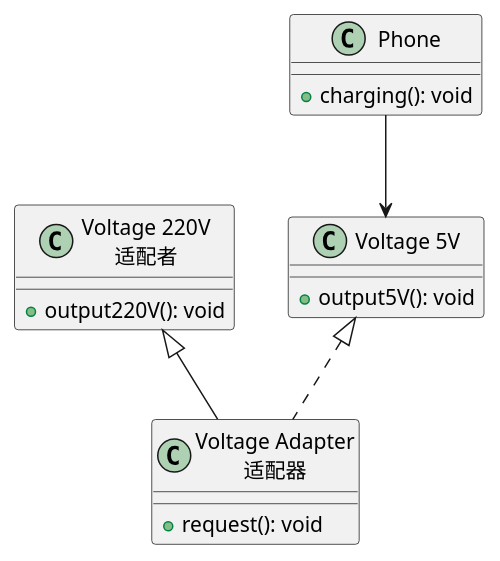
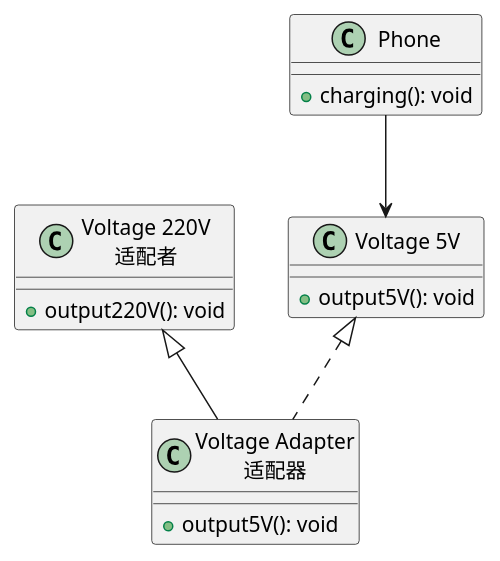
One commit to yanyige/DesignPattern changed the diagram in src/main/java/com/alibaba/dataworks/design/adapter/class1/class_adapter.puml. Above: the diagram before and after it, drawn with PlantUML. The commit also changed 1 other file, not shown here.

```diff
--- a/src/main/java/com/alibaba/dataworks/design/adapter/class1/class_adapter.puml
+++ b/src/main/java/com/alibaba/dataworks/design/adapter/class1/class_adapter.puml
@@ -1,23 +1,23 @@
 @startuml
 
 class "Voltage 220V\n适配者" as adaptee {
     + output220V(): void
 }
 
 class "Voltage Adapter\n适配器" as adapter {
-    + request(): void
+    + output5V(): void
 }
 
 class "Voltage 5V" as target {
     + output5V(): void
 }
 
 class "Phone" as client {
     + charging(): void
 }
 
 adaptee <|-- adapter
 target <|.. adapter
 client --> target
 
 @enduml
```
